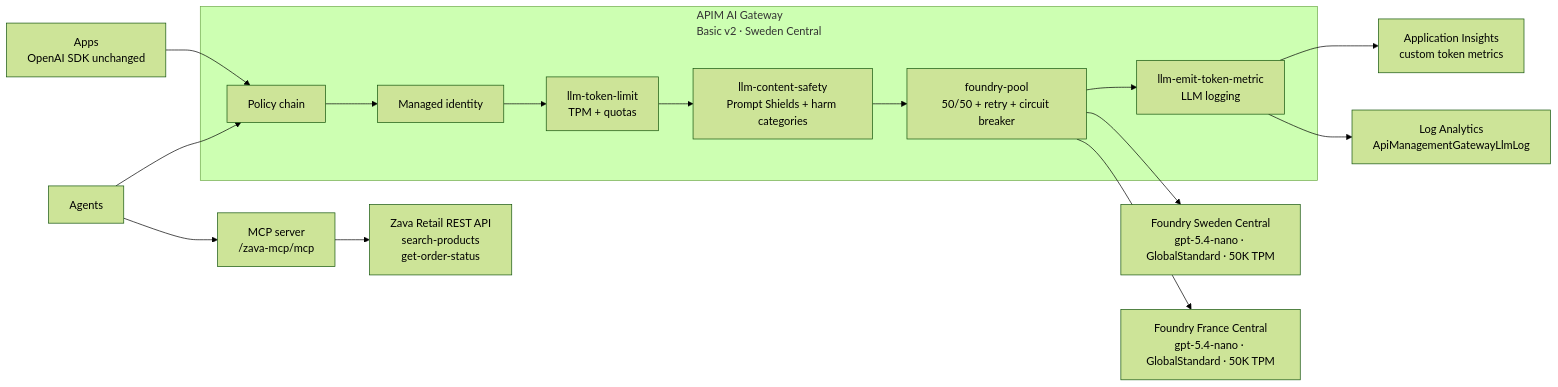
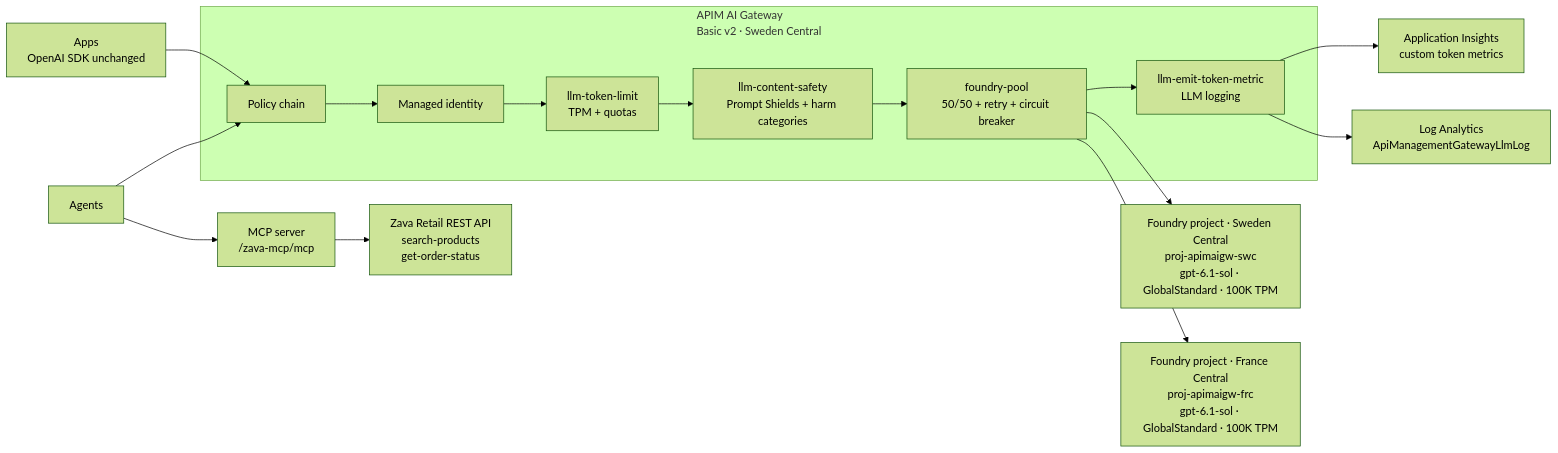
One commit to frkim/apim-demo changed the diagram in docs/presentations/README.md. Above: the diagram before and after it, drawn with Mermaid (forest theme). The commit also changed 32 other files, not shown here.

First line of the commit message:
feat: move to Microsoft Foundry (new) projects and GPT-6.1 Sol (#3)

````diff
--- a/docs/presentations/README.md
+++ b/docs/presentations/README.md
@@ -47,24 +47,24 @@
 ```mermaid
 flowchart LR
   Apps[Apps\nOpenAI SDK unchanged] --> APIM
   Agents[Agents] --> APIM
 
   subgraph Gateway[APIM AI Gateway\nBasic v2 · Sweden Central]
     APIM[Policy chain]
     MI[Managed identity]
     Budget[llm-token-limit\nTPM + quotas]
     Safety[llm-content-safety\nPrompt Shields + harm categories]
     Pool[foundry-pool\n50/50 + retry + circuit breaker]
     Metrics[llm-emit-token-metric\nLLM logging]
     APIM --> MI --> Budget --> Safety --> Pool --> Metrics
   end
 
-  Pool --> FoundrySE[Foundry Sweden Central\ngpt-5.4-nano · GlobalStandard · 50K TPM]
-  Pool --> FoundryFR[Foundry France Central\ngpt-5.4-nano · GlobalStandard · 50K TPM]
+  Pool --> FoundrySE[Foundry project · Sweden Central\nproj-apimaigw-swc\ngpt-6.1-sol · GlobalStandard · 100K TPM]
+  Pool --> FoundryFR[Foundry project · France Central\nproj-apimaigw-frc\ngpt-6.1-sol · GlobalStandard · 100K TPM]
 
   Agents --> MCP[MCP server\n/zava-mcp/mcp]
   MCP --> Zava[Zava Retail REST API\nsearch-products\nget-order-status]
 
   Metrics --> AppInsights[Application Insights\ncustom token metrics]
   Metrics --> LogAnalytics[Log Analytics\nApiManagementGatewayLlmLog]
 ```
````
